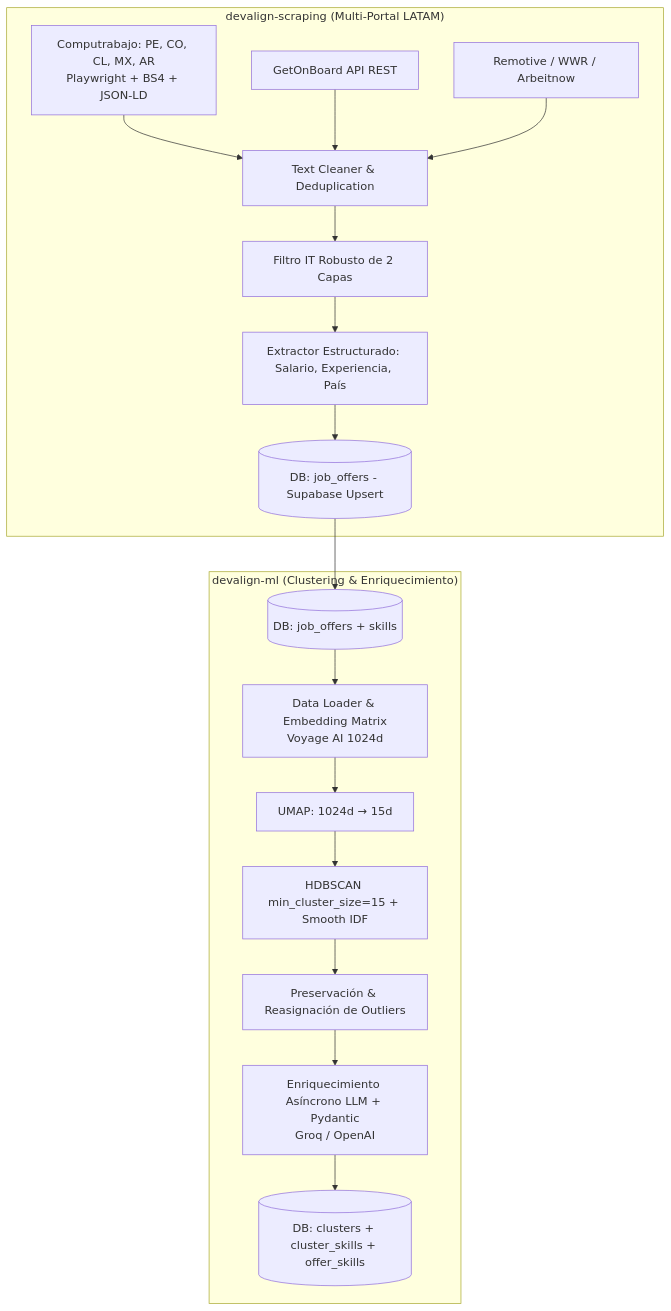
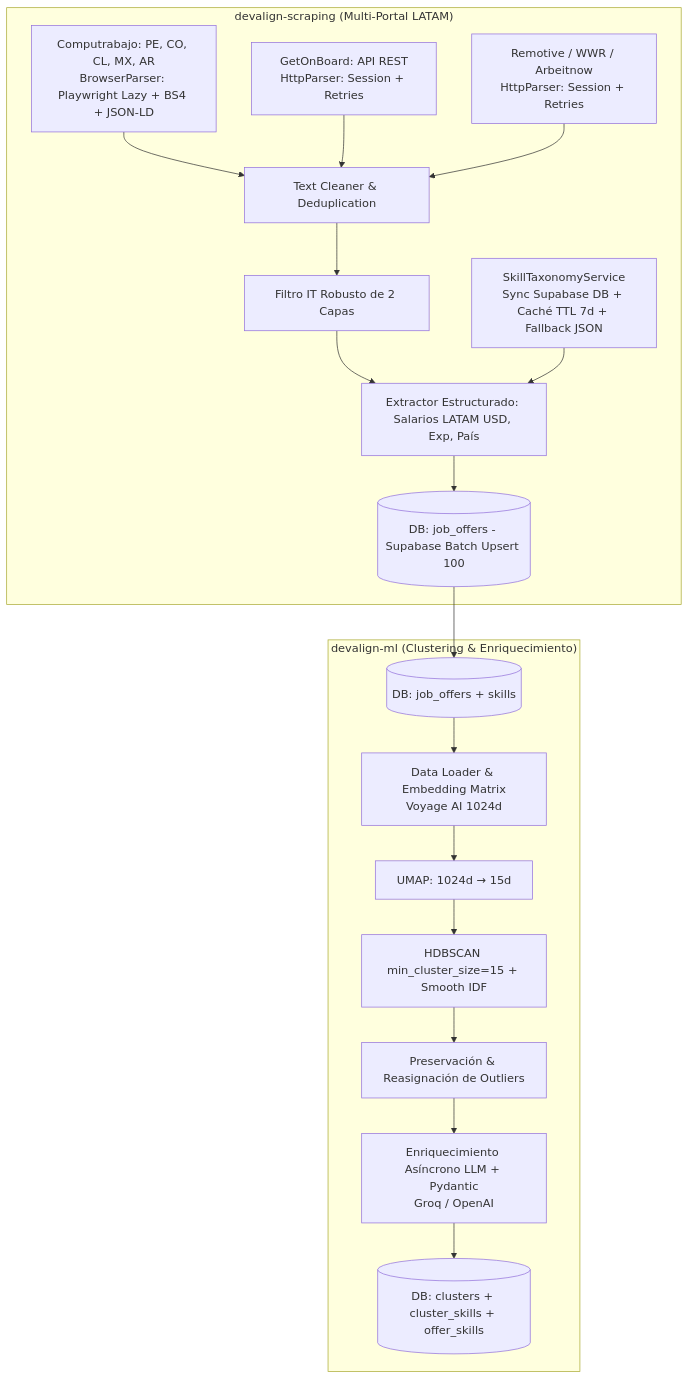
The third of 3 diagrams in ARCHITECTURE.md (devalign/devalign-docs), drawn with Mermaid before and after one commit. The commit also changed other lines of this file and 4 other files, not shown here.

Commit message:
docs(architecture): update scraping pipeline specifications, taxonomy sync and batching details

````diff
--- a/ARCHITECTURE.md
+++ b/ARCHITECTURE.md
@@ -125,22 +125,23 @@
 ```mermaid
 graph TD
     subgraph Scraping ["devalign-scraping (Multi-Portal LATAM)"]
-        CT[Computrabajo: PE, CO, CL, MX, AR<br>Playwright + BS4 + JSON-LD] --> Cleaner[Text Cleaner & Deduplication]
-        GOB[GetOnBoard API REST] --> Cleaner
-        REM[Remotive / WWR / Arbeitnow] --> Cleaner
+        CT[Computrabajo: PE, CO, CL, MX, AR<br>BrowserParser: Playwright Lazy + BS4 + JSON-LD] --> Cleaner[Text Cleaner & Deduplication]
+        GOB[GetOnBoard: API REST<br>HttpParser: Session + Retries] --> Cleaner
+        REM[Remotive / WWR / Arbeitnow<br>HttpParser: Session + Retries] --> Cleaner
         Cleaner --> ITFilter[Filtro IT Robusto de 2 Capas]
-        ITFilter --> Struct[Extractor Estructurado: Salario, Experiencia, País]
-        Struct --> Exporter[(DB: job_offers - Supabase Upsert)]
+        ITFilter --> Struct[Extractor Estructurado: Salarios LATAM USD, Exp, País]
+        Taxonomy[SkillTaxonomyService<br>Sync Supabase DB + Caché TTL 7d + Fallback JSON] --> Struct
+        Struct --> Exporter[(DB: job_offers - Supabase Batch Upsert 100)]
     end
 
     subgraph Clustering ["devalign-ml (Clustering & Enriquecimiento)"]
         DB2[(DB: job_offers + skills)] --> DataLoader[Data Loader & Embedding Matrix<br>Voyage AI 1024d]
         DataLoader --> UMAP[UMAP: 1024d → 15d]
         UMAP --> HDBSCAN[HDBSCAN min_cluster_size=15 + Smooth IDF]
         HDBSCAN --> Outliers[Preservación & Reasignación de Outliers]
         Outliers --> Enriched[Enriquecimiento Asíncrono LLM + Pydantic<br>Groq / OpenAI]
         Enriched --> Deploy[(DB: clusters + cluster_skills + offer_skills)]
     end
 
     Exporter --> DB2
 ```
````
